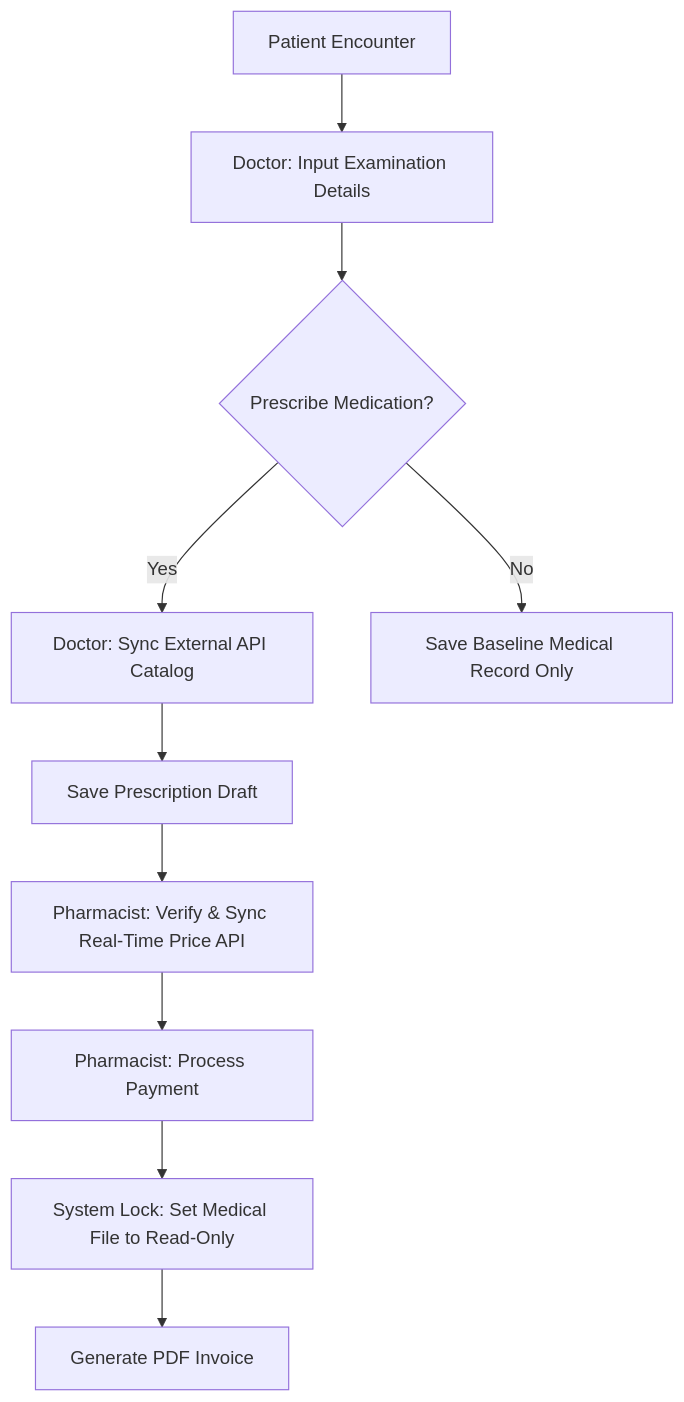
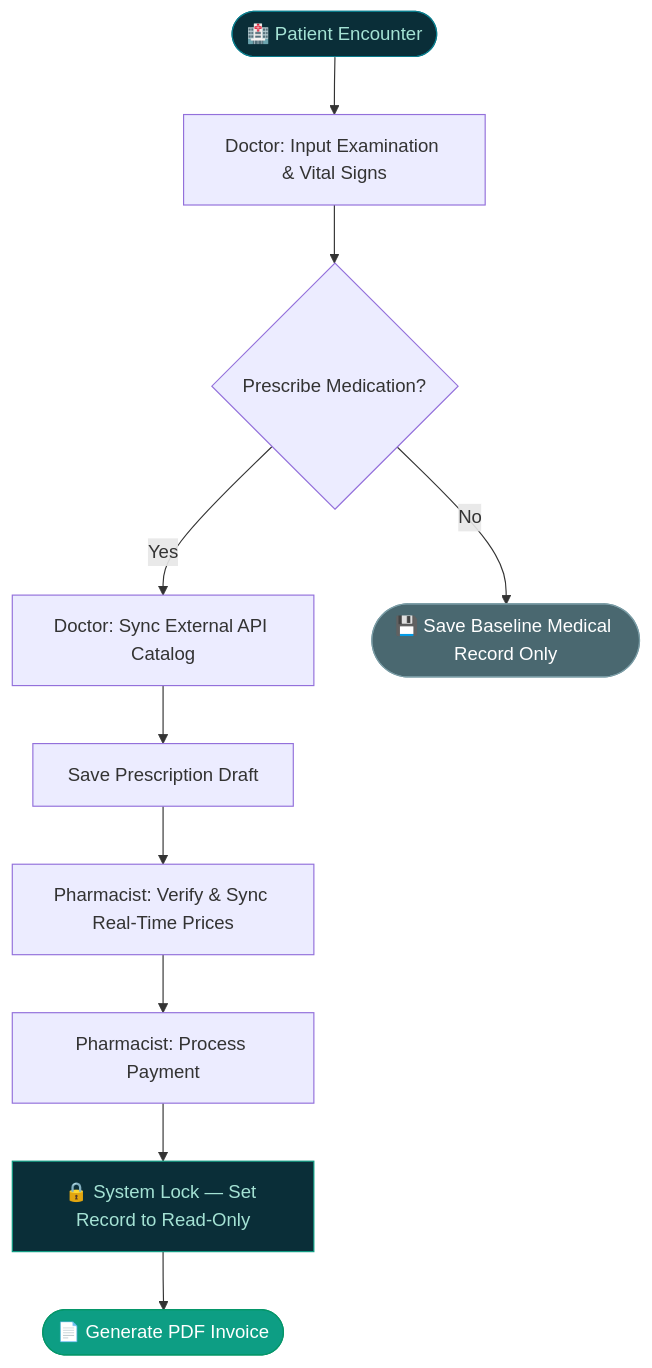
Before and after one commit to sunkcoast/medication-prescribing-web-app: the second of 2 diagrams in README.md, drawn with Mermaid. The commit also changed other lines of this file, not shown here.

````diff
--- a/README.md
+++ b/README.md
@@ -117,12 +88,19 @@
 ```mermaid
 graph TD
-    A[Patient Encounter] --> B[Doctor: Input Examination Details]
+    A([🏥 Patient Encounter]) --> B[Doctor: Input Examination & Vital Signs]
     B --> C{Prescribe Medication?}
+
     C -- Yes --> D[Doctor: Sync External API Catalog]
     D --> E[Save Prescription Draft]
-    E --> F[Pharmacist: Verify & Sync Real-Time Price API]
+    E --> F[Pharmacist: Verify & Sync Real-Time Prices]
     F --> G[Pharmacist: Process Payment]
-    G --> H[System Lock: Set Medical File to Read-Only]
-    H --> I[Generate PDF Invoice]
-    C -- No --> J[Save Baseline Medical Record Only]
+    G --> H[🔒 System Lock — Set Record to Read-Only]
+    H --> I([📄 Generate PDF Invoice])
+
+    C -- No --> J([💾 Save Baseline Medical Record Only])
+
+    style A fill:#0a2e38,color:#a4e2d4,stroke:#0a7c8c
+    style H fill:#0a2e38,color:#a4e2d4,stroke:#0d9e84
+    style I fill:#0d9e84,color:#fff,stroke:#059669
+    style J fill:#4a6870,color:#fff,stroke:#7a9ca5
 ```
````
